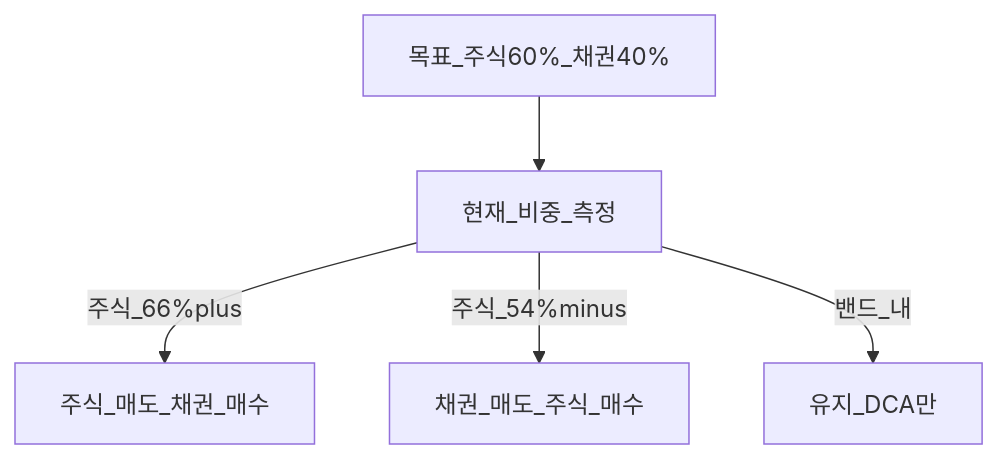
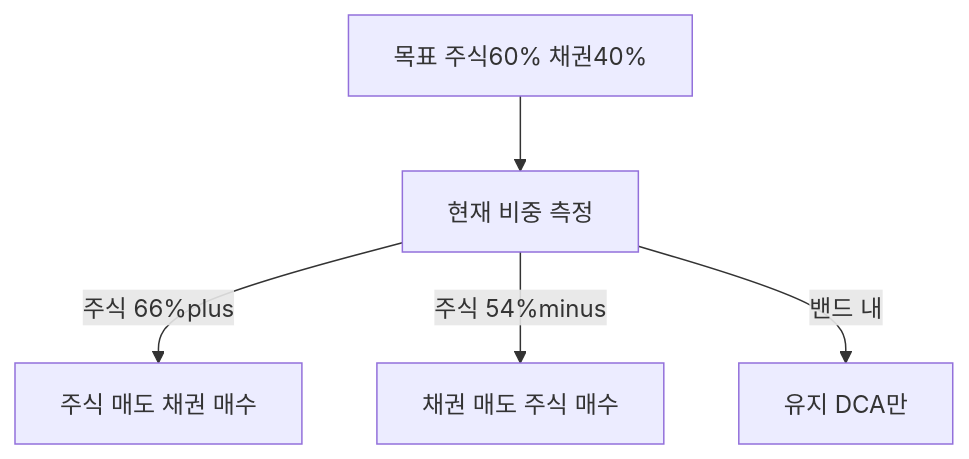
The second of 2 diagrams in 04-portfolio/rebalancing-and-dca.md (goldanghenry/Finances), drawn with Mermaid before and after one commit. The commit also changed other lines of this file and 211 other files, not shown here.

````diff
--- a/04-portfolio/rebalancing-and-dca.md
+++ b/04-portfolio/rebalancing-and-dca.md
@@ -125,9 +120,9 @@
 ```mermaid
 flowchart TD
-  Target[목표_주식60%_채권40%]
-  Check[현재_비중_측정]
-  Check -->|주식_66%plus| Sell[주식_매도_채권_매수]
-  Check -->|주식_54%minus| Buy[채권_매도_주식_매수]
-  Check -->|밴드_내| Hold[유지_DCA만]
+  Target["목표 주식60% 채권40%"]
+  Check["현재 비중 측정"]
+  Check -->|"주식 66%plus"| Sell["주식 매도 채권 매수"]
+  Check -->|"주식 54%minus"| Buy["채권 매도 주식 매수"]
+  Check -->|"밴드 내"| Hold["유지 DCA만"]
   Target --> Check
 ```
````
